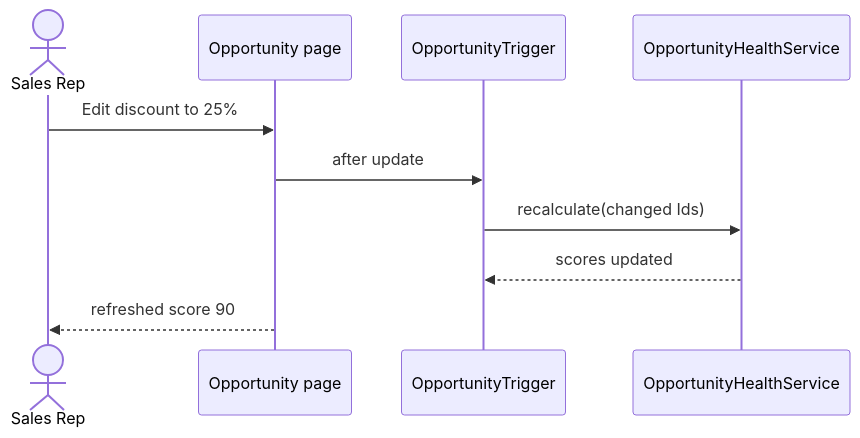
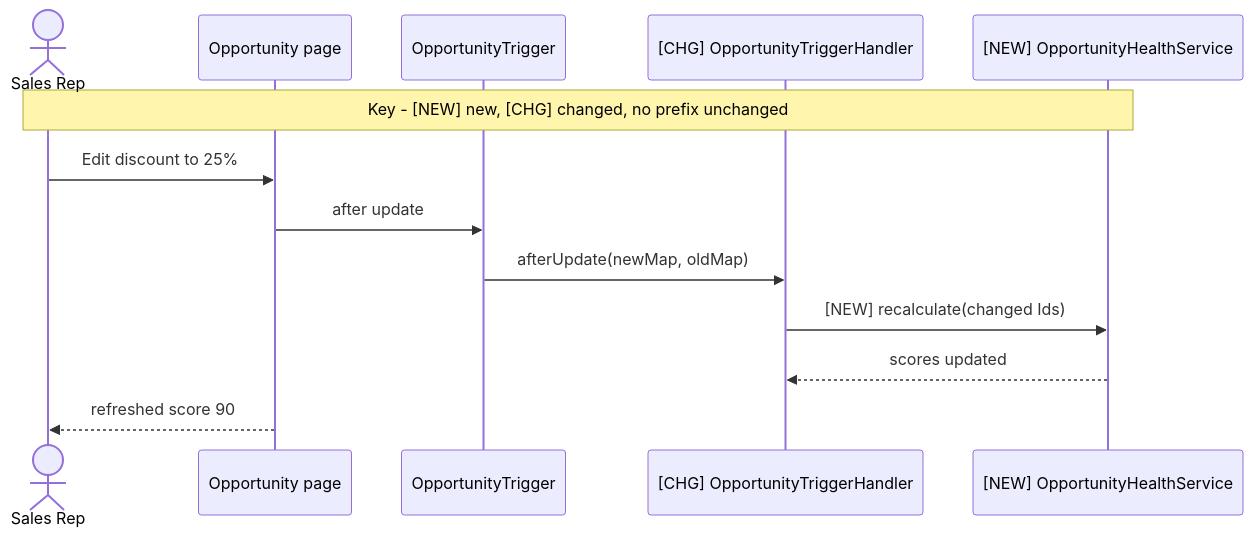
The third of 3 diagrams in .claude/skills/sdlc-solution-architecture-generate/references/lld-template.md (nagarroARBsf/Sf-skills-agents), drawn with Mermaid before and after one commit. The commit also changed other lines of this file and 5983 other files, not shown here.

````diff
--- a/.claude/skills/sdlc-solution-architecture-generate/references/lld-template.md
+++ b/.claude/skills/sdlc-solution-architecture-generate/references/lld-template.md
@@ -81,12 +100,15 @@
 ```mermaid
 sequenceDiagram
     actor U as Sales Rep
     participant P as Opportunity page
     participant T as OpportunityTrigger
-    participant S as OpportunityHealthService
+    participant H as [CHG] OpportunityTriggerHandler
+    participant S as [NEW] OpportunityHealthService
+    Note over U,S: Key - [NEW] new, [CHG] changed, no prefix unchanged
     U->>P: Edit discount to 25%
     P->>T: after update
-    T->>S: recalculate(changed Ids)
-    S-->>T: scores updated
+    T->>H: afterUpdate(newMap, oldMap)
+    H->>S: [NEW] recalculate(changed Ids)
+    S-->>H: scores updated
     P-->>U: refreshed score 90
 ```
````
